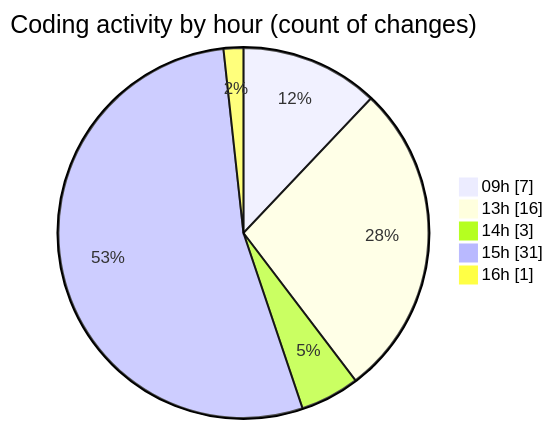
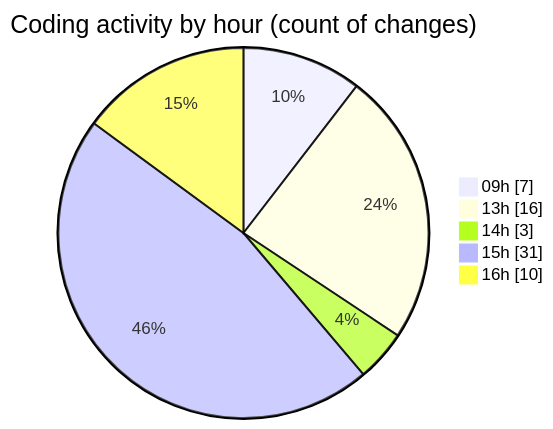
One commit to momahboobian/code-tracking changed the second of 2 diagrams in 2025-01-31/cda/README.md. Above: the diagram before and after it, drawn with Mermaid. The commit also changed other lines of this file and 1 other file, not shown here.

````diff
--- a/2025-01-31/cda/README.md
+++ b/2025-01-31/cda/README.md
@@ -35,9 +36,9 @@
 ```mermaid
 pie showData
 title Coding activity by hour (count of changes)
 "09h" : 7
 "13h" : 16
 "14h" : 3
 "15h" : 31
-"16h" : 1
+"16h" : 10
 ```
````
